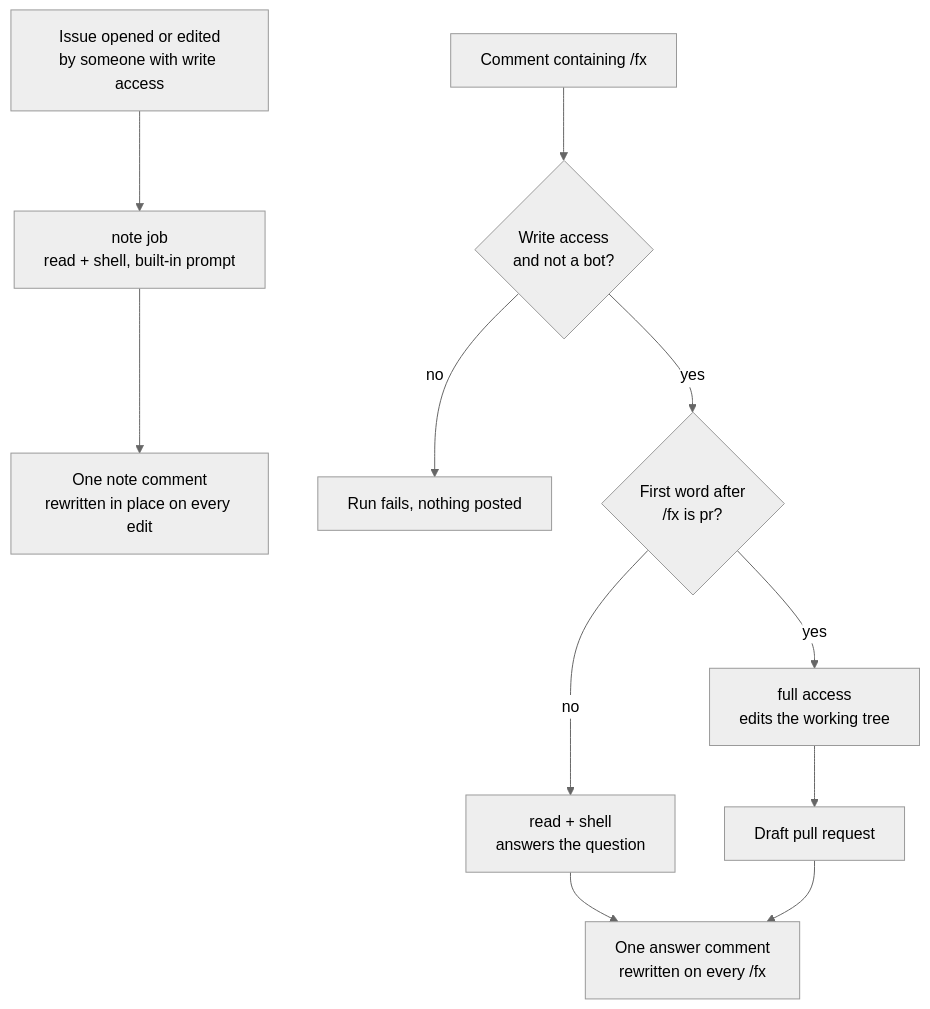
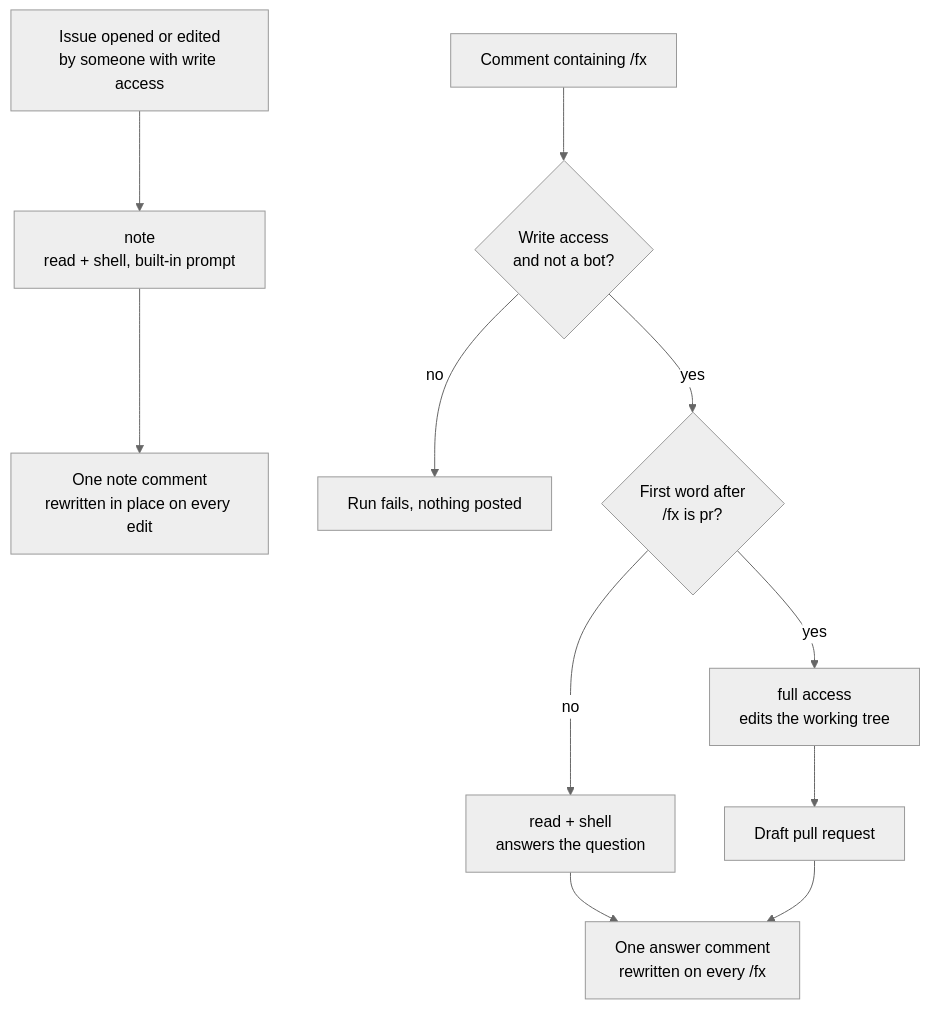
One commit to khalido/fx-agent-action changed the diagram in README.md. Above: the diagram before and after it, drawn with Mermaid (neutral theme). The commit also changed other lines of this file and 9 other files, not shown here.

First line of the commit message:
One job in the example; memory saved only from actors with write access

````diff
--- a/README.md
+++ b/README.md
@@ -89,12 +66,12 @@
 ```mermaid
 flowchart TD
-    I[Issue opened or edited<br/>by someone with write access] --> N[note job<br/>read + shell, built-in prompt]
+    I[Issue opened or edited<br/>by someone with write access] --> N[note<br/>read + shell, built-in prompt]
     N --> NC[One note comment<br/>rewritten in place on every edit]
     C["Comment containing /fx"] --> G{Write access<br/>and not a bot?}
     G -- no --> X[Run fails, nothing posted]
     G -- yes --> V{First word after<br/>/fx is pr?}
     V -- no --> R[read + shell<br/>answers the question]
     V -- yes --> W[full access<br/>edits the working tree]
     R --> AC[One answer comment<br/>rewritten on every /fx]
     W --> PR[Draft pull request] --> AC
 ```
````
